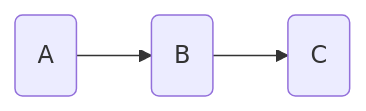
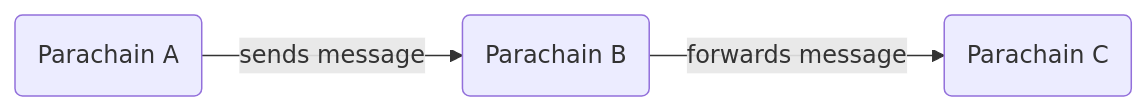
The diagram in develop/interoperability/guides/from-apps/fees.md (polkadot-developers/polkadot-docs), drawn with Mermaid before and after one commit. The commit also changed other lines of this file and 1 other file, not shown here.

````diff
--- a/develop/interoperability/guides/from-apps/fees.md
+++ b/develop/interoperability/guides/from-apps/fees.md
@@ -69,5 +58,5 @@
 ``` mermaid
 flowchart LR
-  A(A) --> B(B)
-  B --> C(C)
+  A(Parachain A) --sends message--> B(Parachain B)
+  B --forwards message--> C(Parachain C)
 ```
````
